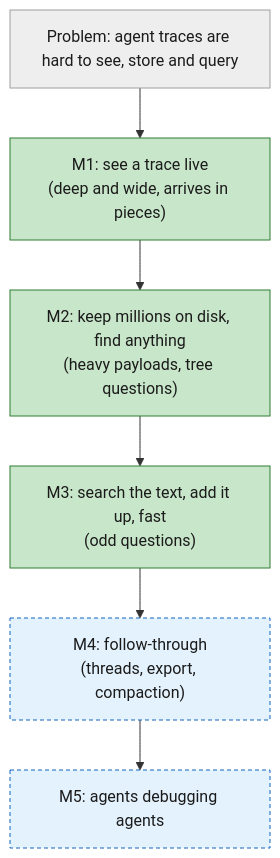
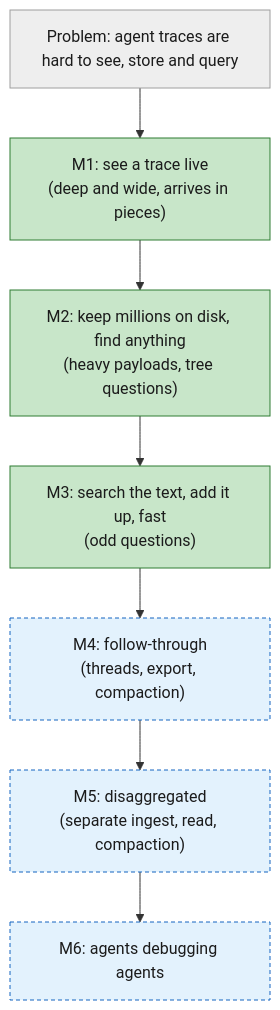
The first of 13 diagrams in STARTER_GUIDE.md (liukai/smithling), drawn with Mermaid before and after one commit. The commit also changed other lines of this file and 9 other files, not shown here.

First line of the commit message:
docs: draft M5 disaggregated trace database spec; agents milestone renumbered M6 (D-036)

````diff
--- a/STARTER_GUIDE.md
+++ b/STARTER_GUIDE.md
@@ -90,13 +90,14 @@
 ```mermaid
 flowchart TB
     P["Problem: agent traces are hard to see, store and query"]:::old
     M1["M1: see a trace live<br/>(deep and wide, arrives in pieces)"]:::new
     M2["M2: keep millions on disk, find anything<br/>(heavy payloads, tree questions)"]:::new
     M3["M3: search the text, add it up, fast<br/>(odd questions)"]:::new
     M4["M4: follow-through<br/>(threads, export, compaction)"]:::plan
-    M5["M5: agents debugging agents"]:::plan
-    P --> M1 --> M2 --> M3 --> M4 --> M5
+    M5["M5: disaggregated<br/>(separate ingest, read, compaction)"]:::plan
+    M6["M6: agents debugging agents"]:::plan
+    P --> M1 --> M2 --> M3 --> M4 --> M5 --> M6
     classDef new fill:#c8e6c9,stroke:#2e7d32,color:#1b1b1b
     classDef old fill:#eeeeee,stroke:#9e9e9e,color:#1b1b1b
     classDef plan fill:#e3f2fd,stroke:#1565c0,color:#1b1b1b,stroke-dasharray: 4 3
 ```
````
